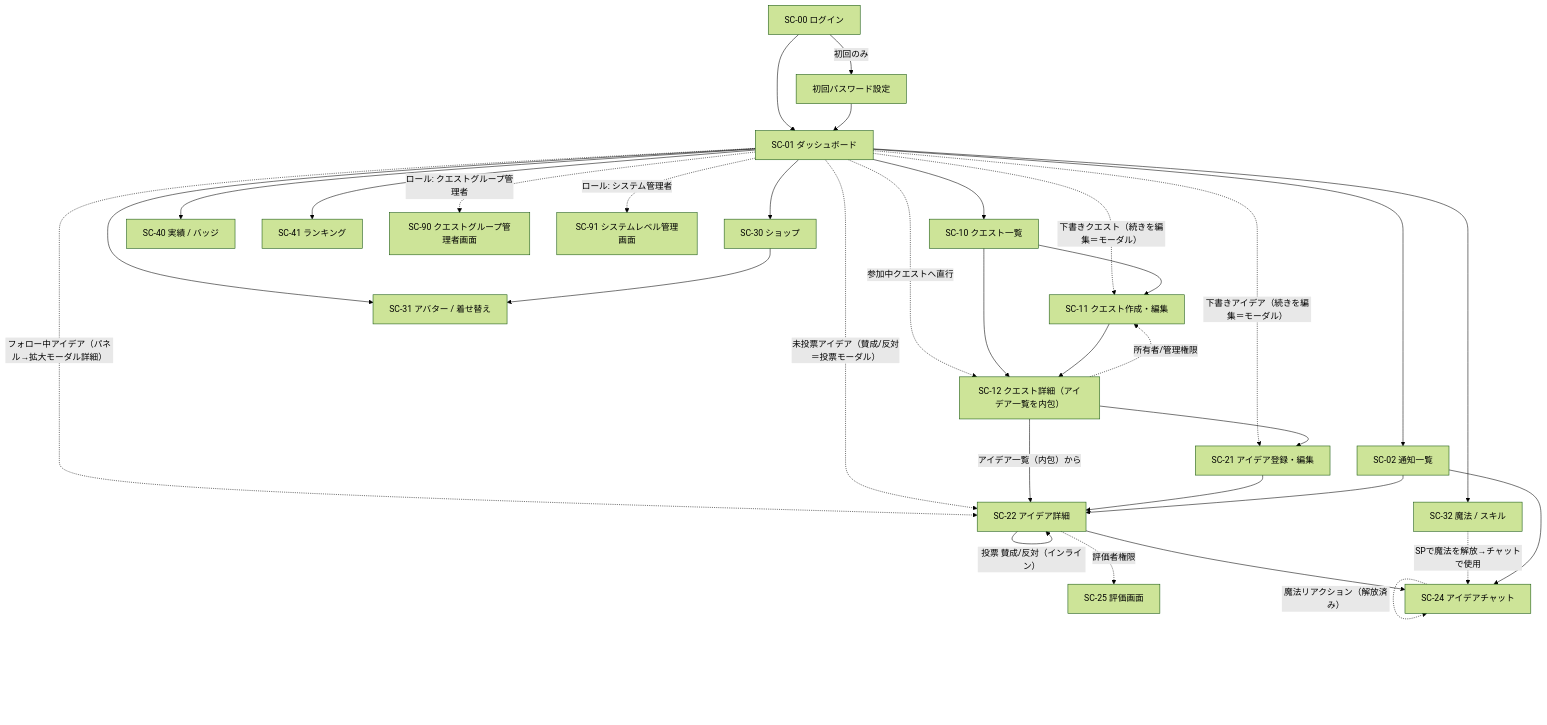
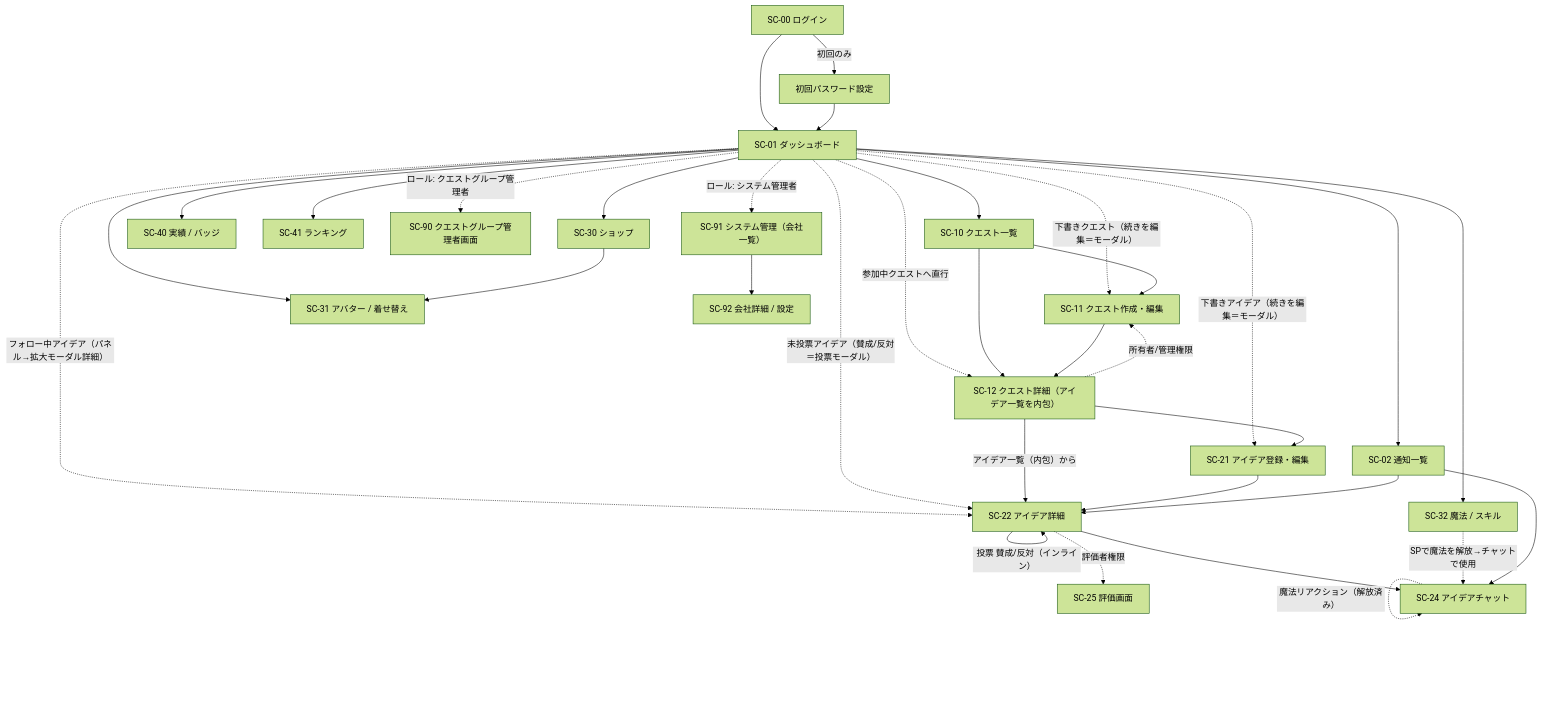
One commit to t-umekawa-sc/sc-ideaquest-G2 changed the diagram in doc/画面設計/画面遷移図.md. Above: the diagram before and after it, drawn with Mermaid (forest theme). The commit also changed other lines of this file and 6 other files, not shown here.

````diff
--- a/doc/画面設計/画面遷移図.md
+++ b/doc/画面設計/画面遷移図.md
@@ -38,42 +39,43 @@
 ```mermaid
 flowchart TD
     LOGIN["SC-00 ログイン"] -->|"初回のみ"| PWSET["初回パスワード設定"]
     LOGIN --> DASH["SC-01 ダッシュボード"]
     PWSET --> DASH
 
     DASH --> QLIST["SC-10 クエスト一覧"]
     DASH -. "参加中クエストへ直行" .-> QDETAIL["SC-12 クエスト詳細（アイデア一覧を内包）"]
     DASH -. "フォロー中アイデア（パネル→拡大モーダル詳細）" .-> IDETAIL["SC-22 アイデア詳細"]
     DASH -. "下書きクエスト（続きを編集＝モーダル）" .-> QNEW
     DASH -. "下書きアイデア（続きを編集＝モーダル）" .-> INEW
     DASH -. "未投票アイデア（賛成/反対＝投票モーダル）" .-> IDETAIL
     DASH --> SHOP["SC-30 ショップ"]
     DASH --> AVATAR["SC-31 アバター / 着せ替え"]
     DASH --> SPELL["SC-32 魔法 / スキル"]
     DASH --> NOTIF["SC-02 通知一覧"]
     DASH --> ACHIEVE["SC-40 実績 / バッジ"]
     DASH --> RANK["SC-41 ランキング"]
     DASH -. "ロール: クエストグループ管理者" .-> QGADMIN["SC-90 クエストグループ管理者画面"]
-    DASH -. "ロール: システム管理者" .-> SYSADMIN["SC-91 システムレベル管理画面"]
+    DASH -. "ロール: システム管理者" .-> SYSADMIN["SC-91 システム管理（会社一覧）"]
+    SYSADMIN --> COMPANY["SC-92 会社詳細 / 設定"]
 
     QLIST --> QNEW["SC-11 クエスト作成・編集"]
     QLIST --> QDETAIL
     QNEW --> QDETAIL
 
     QDETAIL -->|"アイデア一覧（内包）から"| IDETAIL["SC-22 アイデア詳細"]
     QDETAIL --> INEW["SC-21 アイデア登録・編集"]
     QDETAIL -. "所有者/管理権限" .-> QNEW
     INEW --> IDETAIL
 
     IDETAIL -->|"投票 賛成/反対（インライン）"| IDETAIL
     IDETAIL --> CHAT["SC-24 アイデアチャット"]
     IDETAIL -. "評価者権限" .-> EVAL["SC-25 評価画面"]
 
     CHAT -. "魔法リアクション（解放済み）" .-> CHAT
     SPELL -. "SPで魔法を解放→チャットで使用" .-> CHAT
 
     SHOP --> AVATAR
 
     NOTIF --> IDETAIL
     NOTIF --> CHAT
 ```
````
